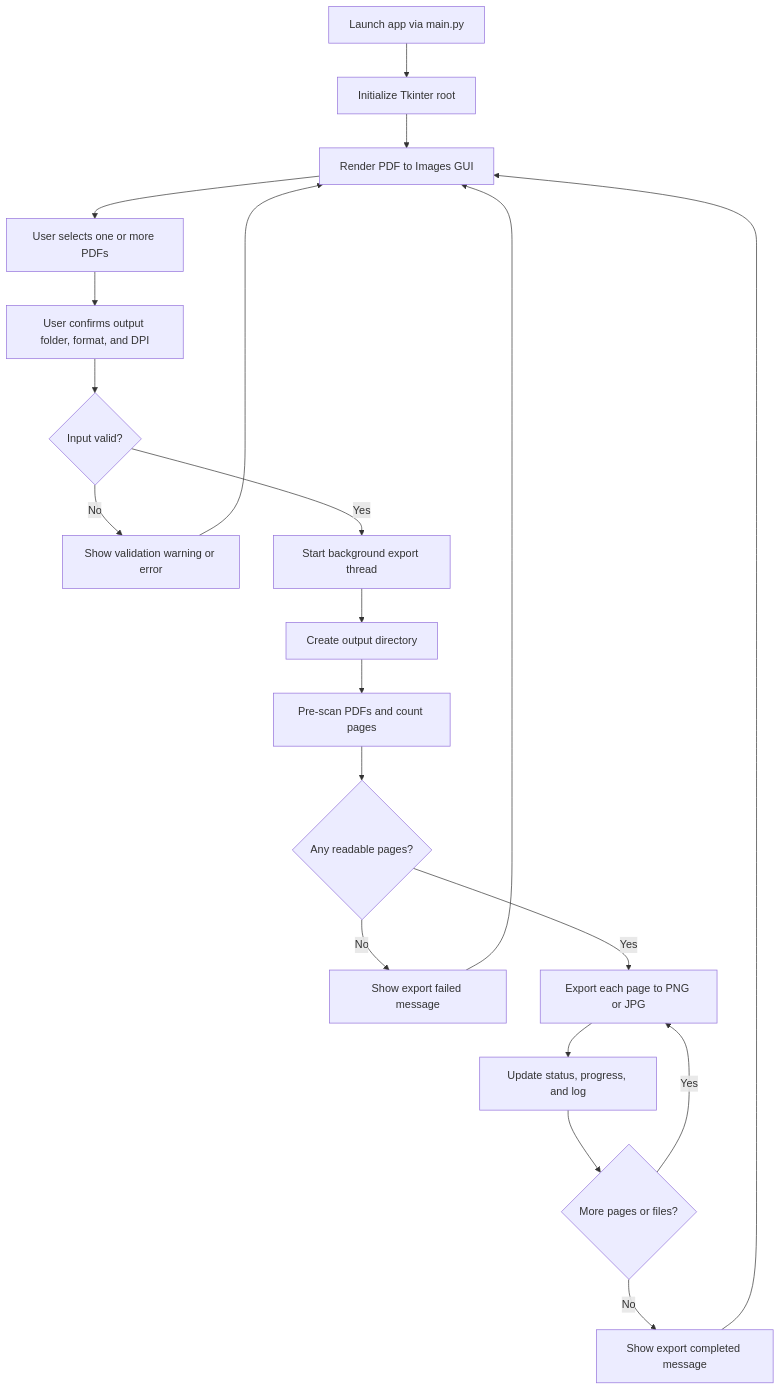
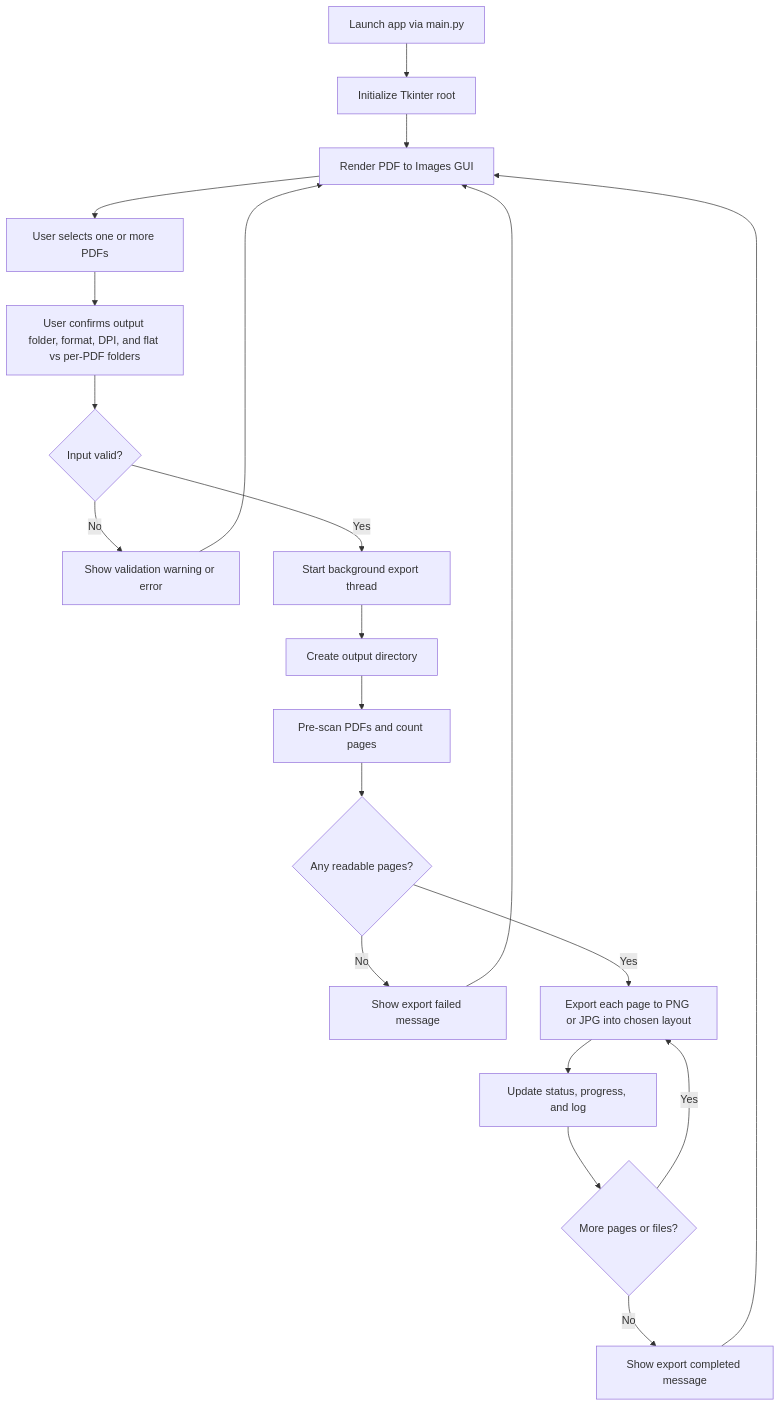
The diagram in README.md (hamzasiyam/pdf-to-images), drawn with Mermaid before and after one commit. The commit also changed other lines of this file, not shown here.

````diff
--- a/README.md
+++ b/README.md
@@ -103,39 +106,39 @@
 ```mermaid
 flowchart TD;
     n_start["Launch app via main.py"];
     n_init["Initialize Tkinter root"];
     n_render["Render PDF to Images GUI"];
     n_select["User selects one or more PDFs"];
-    n_options["User confirms output folder, format, and DPI"];
+    n_options["User confirms output folder, format, DPI, and flat vs per-PDF folders"];
     n_valid{"Input valid?"};
     n_warn["Show validation warning or error"];
     n_thread["Start background export thread"];
     n_mkdir["Create output directory"];
     n_scan["Pre-scan PDFs and count pages"];
     n_readable{"Any readable pages?"};
     n_failed["Show export failed message"];
-    n_export["Export each page to PNG or JPG"];
+    n_export["Export each page to PNG or JPG into chosen layout"];
     n_update["Update status, progress, and log"];
     n_more{"More pages or files?"};
     n_done["Show export completed message"];
 
     n_start --> n_init;
     n_init --> n_render;
     n_render --> n_select;
     n_select --> n_options;
     n_options --> n_valid;
     n_valid -- No --> n_warn;
     n_warn --> n_render;
     n_valid -- Yes --> n_thread;
     n_thread --> n_mkdir;
     n_mkdir --> n_scan;
     n_scan --> n_readable;
     n_readable -- No --> n_failed;
     n_failed --> n_render;
     n_readable -- Yes --> n_export;
     n_export --> n_update;
     n_update --> n_more;
     n_more -- Yes --> n_export;
     n_more -- No --> n_done;
     n_done --> n_render;
 ```
````
